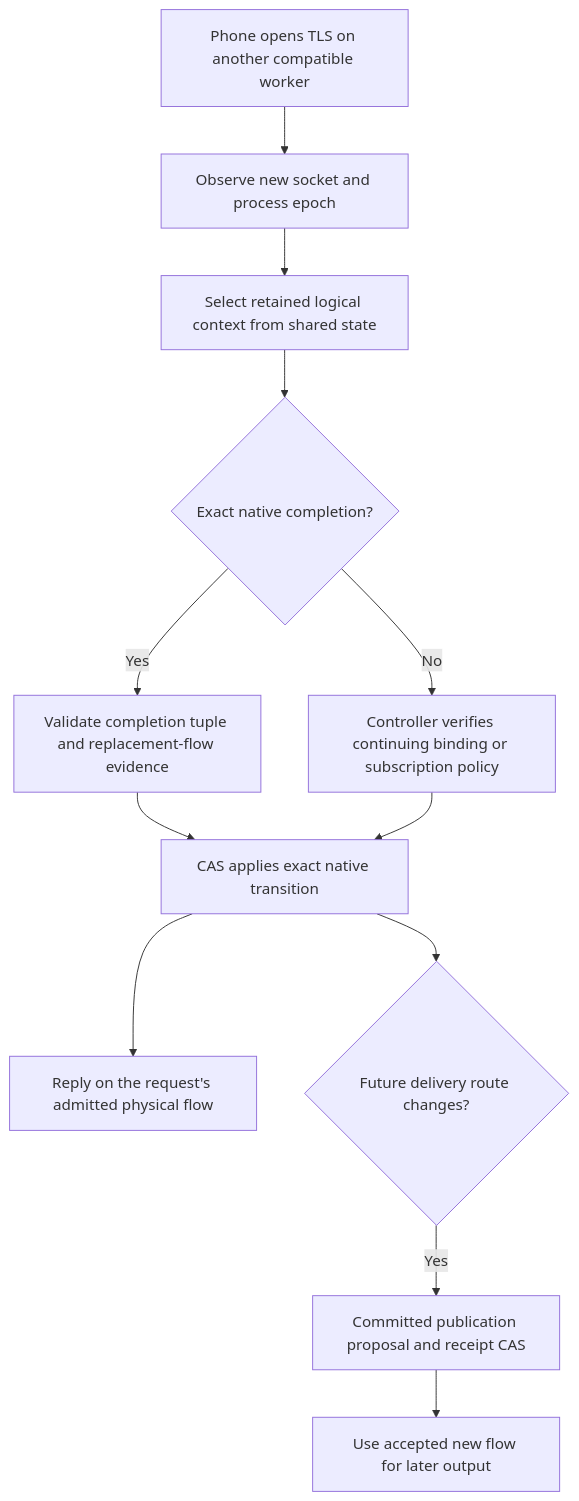
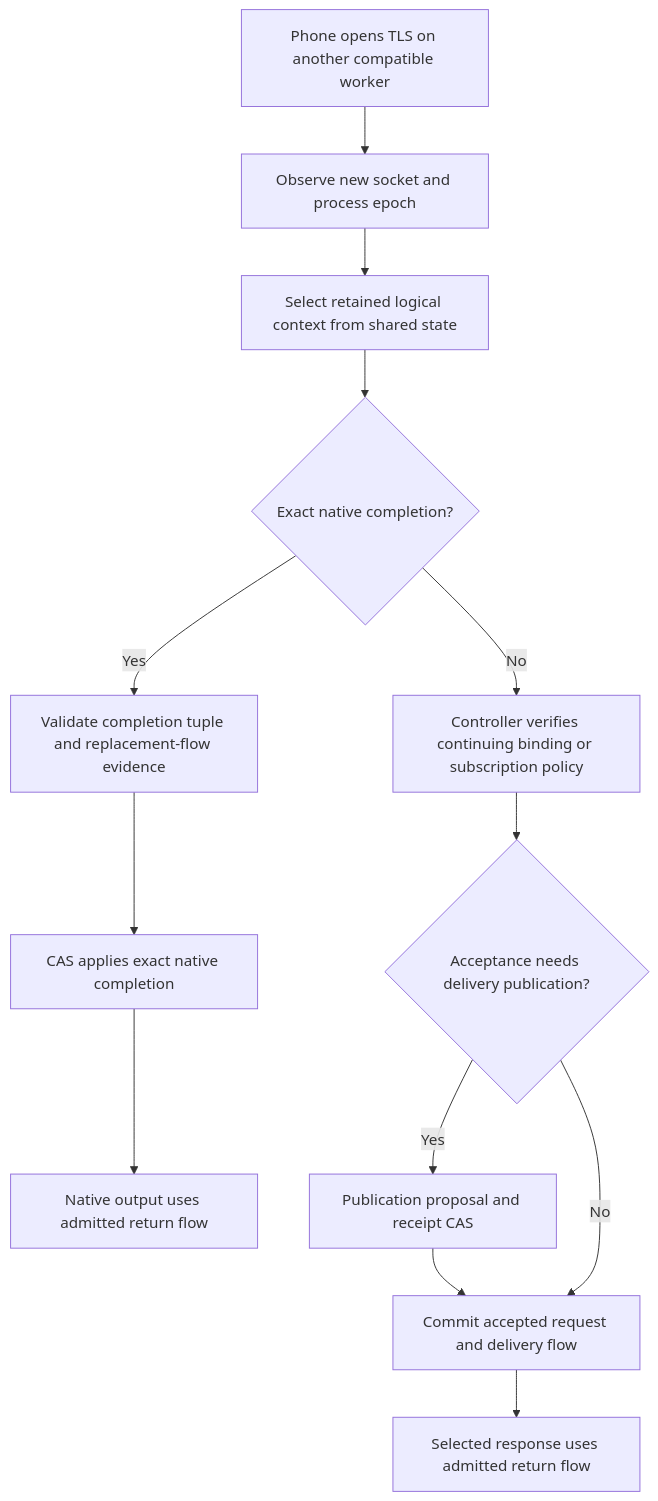
Before and after one commit to zyno-io/sipbridge: the tenth of 10 diagrams in docs/operations/sip.md, drawn with Mermaid. The commit also changed other lines of this file and 30 other files, not shown here.

````diff
--- a/docs/operations/sip.md
+++ b/docs/operations/sip.md
@@ -379,14 +379,15 @@
 ```mermaid
 flowchart TD
     A[Phone opens TLS on another compatible worker] --> B[Observe new socket and process epoch]
     B --> C[Select retained logical context from shared state]
     C --> D{Exact native completion?}
     D -- Yes --> E[Validate completion tuple and replacement-flow evidence]
     D -- No --> F[Controller verifies continuing binding or subscription policy]
-    E --> G[CAS applies exact native transition]
-    F --> G
-    G --> H[Reply on the request's admitted physical flow]
-    G --> I{Future delivery route changes?}
-    I -- Yes --> J[Committed publication proposal and receipt CAS]
-    J --> K[Use accepted new flow for later output]
+    E --> G[CAS applies exact native completion]
+    G --> H[Native output uses admitted return flow]
+    F --> I{Acceptance needs delivery publication?}
+    I -- Yes --> J[Publication proposal and receipt CAS]
+    J --> K[Commit accepted request and delivery flow]
+    I -- No --> K
+    K --> L[Selected response uses admitted return flow]
 ```
````
